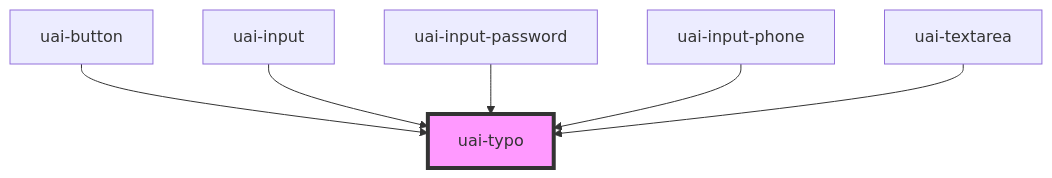
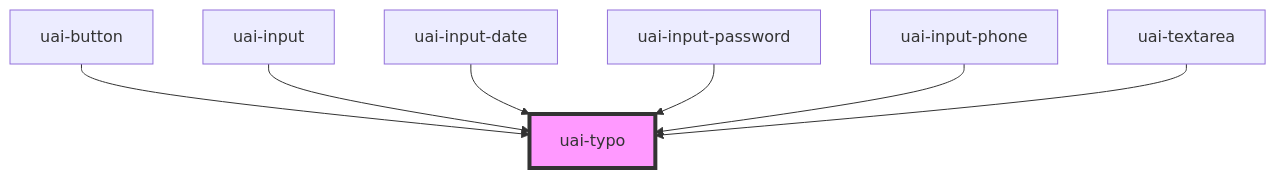
One commit to takenet/blip-ds changed the diagram in src/components/uai-typo/readme.md. Above: the diagram before and after it, drawn with Mermaid. The commit also changed other lines of this file and 17 other files, not shown here.

First line of the commit message:
feat(uai-input-date): add the UAI date input

````diff
--- a/src/components/uai-typo/readme.md
+++ b/src/components/uai-typo/readme.md
@@ -54,9 +55,10 @@
 ```mermaid
 graph TD;
   uai-button --> uai-typo
   uai-input --> uai-typo
+  uai-input-date --> uai-typo
   uai-input-password --> uai-typo
   uai-input-phone --> uai-typo
   uai-textarea --> uai-typo
   style uai-typo fill:#f9f,stroke:#333,stroke-width:4px
 ```
````
